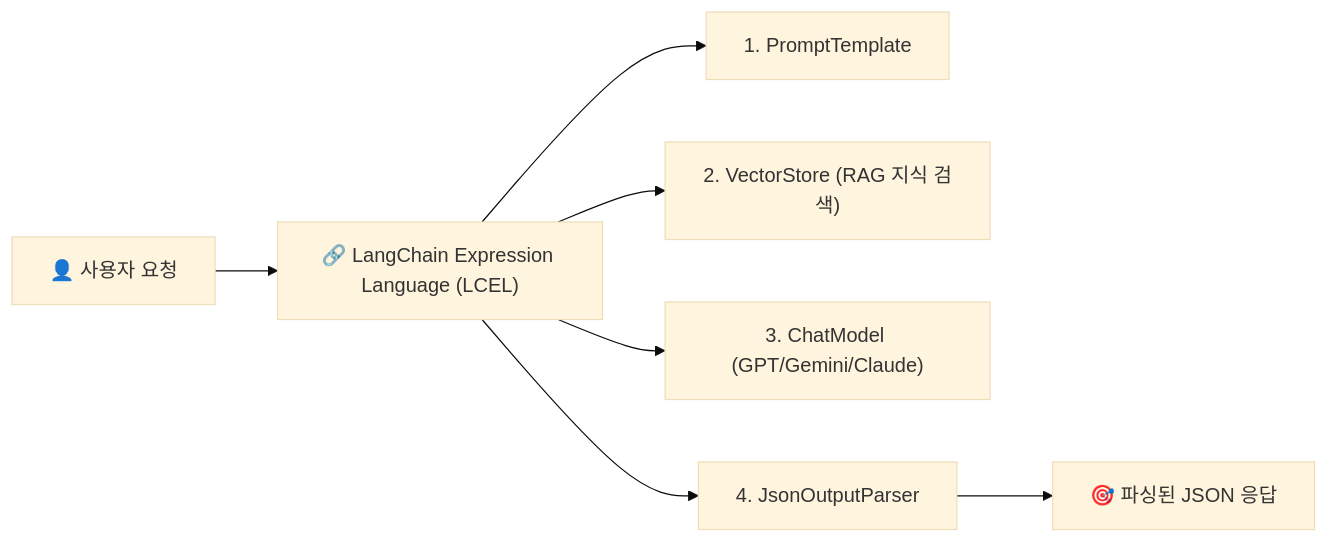
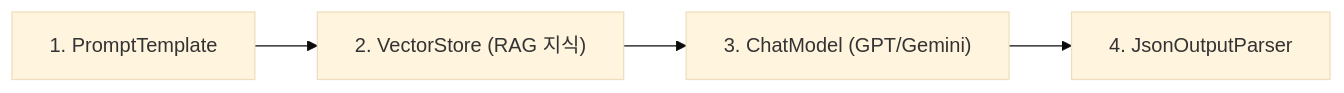
Before and after one commit to ShinhanDSProject/shinhan-delivery: the second of 3 diagrams in docs/langchain-langgraph-deepdive.md, drawn with Mermaid (base theme). The commit also changed other lines of this file, not shown here.

Commit message:
docs: LangChain 및 LangGraph 도구별 핵심 역할 및 실무 활용 해설 보완 (#19)

````diff
--- a/docs/langchain-langgraph-deepdive.md
+++ b/docs/langchain-langgraph-deepdive.md
@@ -37,9 +40,6 @@
 ```mermaid
 graph LR
-    UserPrompt["👤 사용자 요청"] --> LCEL["🔗 LangChain Expression Language (LCEL)"]
-    LCEL --> Prompt["1. PromptTemplate"]
-    LCEL --> Retriever["2. VectorStore (RAG 지식 검색)"]
-    LCEL --> LLM["3. ChatModel (GPT/Gemini/Claude)"]
-    LCEL --> OutputParser["4. JsonOutputParser"]
-    OutputParser --> Result["🎯 파싱된 JSON 응답"]
+    PromptTemplate["1. PromptTemplate"] --> VectorStore["2. VectorStore (RAG 지식)"]
+    VectorStore --> ChatModel["3. ChatModel (GPT/Gemini)"]
+    ChatModel --> JsonParser["4. JsonOutputParser"]
 ```
````
